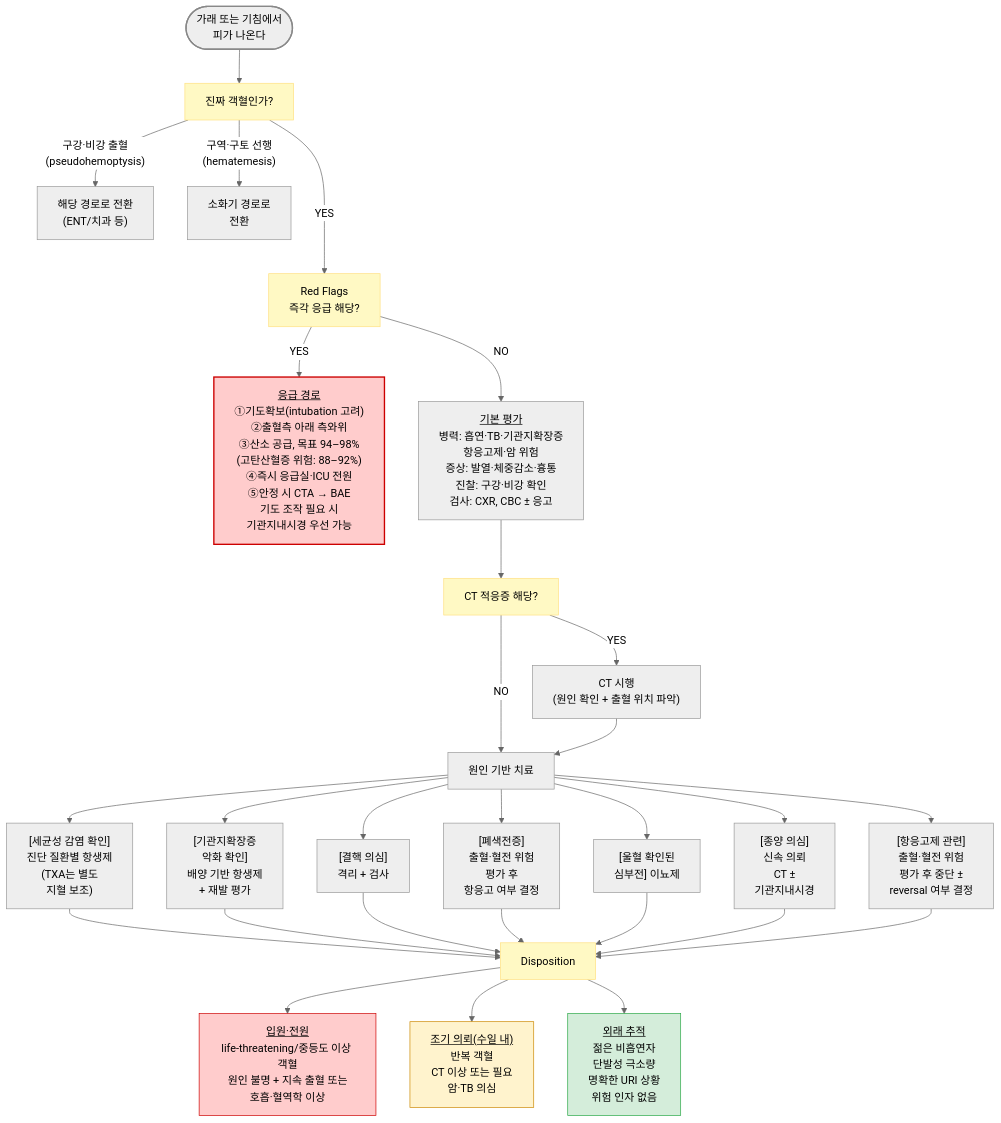
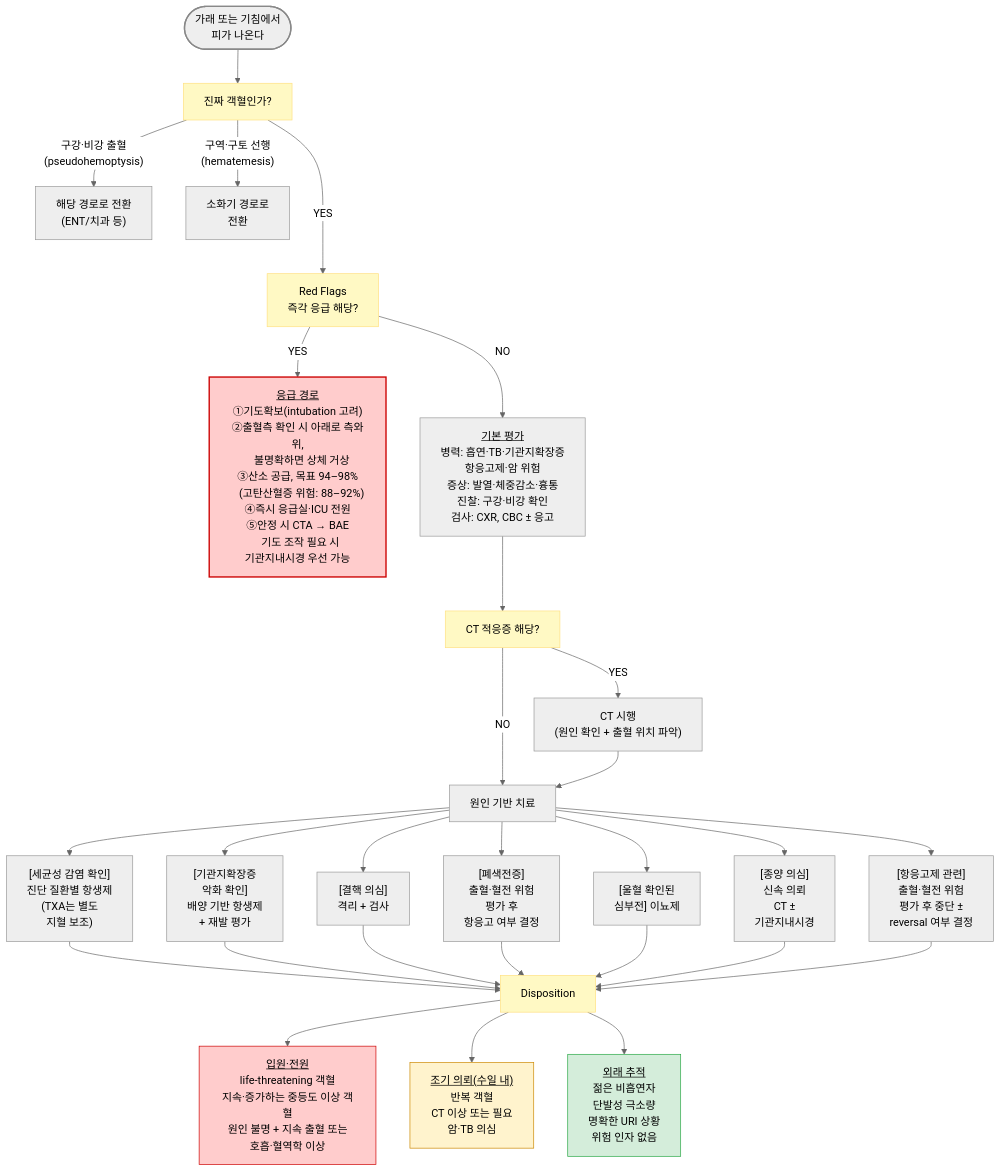
One commit to familyoh77/familyoh77 changed the diagram in 220_/008_-hemoptysis.md. Above: the diagram before and after it, drawn with Mermaid (neutral theme). The commit also changed other lines of this file, not shown here.

````diff
--- a/220_/008_-hemoptysis.md
+++ b/220_/008_-hemoptysis.md
@@ -103,37 +103,37 @@
 ```mermaid
 graph TD
     A(["가래 또는 기침에서 <br/>피가 나온다"]) --> B["진짜 객혈인가?"]
     B -- "구강·비강 출혈<br/>(pseudohemoptysis)" --> C["해당 경로로 전환<br/>(ENT/치과 등)"]
     B -- "구역·구토 선행<br/>(hematemesis)" --> D["소화기 경로로<br/> 전환"]
     B -- "YES" ---> E["Red Flags<br/>즉각 응급 해당?"]
-    E -- "YES" --> F["<u>응급 경로</u><br/>①기도확보(intubation 고려)<br/>②출혈측 아래 측와위<br/>③산소 공급, 목표 94–98%<br/>   (고탄산혈증 위험: 88–92%)<br/>④즉시 응급실·ICU 전원<br/>⑤안정 시 CTA → BAE<br/>   기도 조작 필요 시 <br/>기관지내시경 우선 가능"]
+    E -- "YES" --> F["<u>응급 경로</u><br/>①기도확보(intubation 고려)<br/>②출혈측 확인 시 아래로 측와위,<br/>   불명확하면 상체 거상<br/>③산소 공급, 목표 94–98%<br/>   (고탄산혈증 위험: 88–92%)<br/>④즉시 응급실·ICU 전원<br/>⑤안정 시 CTA → BAE<br/>   기도 조작 필요 시 <br/>기관지내시경 우선 가능"]
     E -- "NO" --> G["<u>기본 평가</u><br/>병력: 흡연·TB·기관지확장증<br/>항응고제·암 위험<br/>증상: 발열·체중감소·흉통<br/>진찰: 구강·비강 확인<br/>검사: CXR, CBC ± 응고"]
     G --> H["CT 적응증 해당?"]
     H -- "YES" --> I["CT 시행<br/>(원인 확인 + 출혈 위치 파악)"]
     H -- "NO" --> J["원인 기반 치료"]
     I --> J
     J --> J1["[세균성 감염 확인] <br/>진단 질환별 항생제<br/>(TXA는 별도 <br/>지혈 보조)"]
     J --> J2["[기관지확장증 <br/>악화 확인] <br/>배양 기반 항생제<br/>+ 재발 평가"]
     J --> J3["[결핵 의심] <br/>격리 + 검사"]
     J --> J4["[폐색전증] <br/>출혈·혈전 위험 <br/>평가 후<br/>항응고 여부 결정"]
     J --> J5["[울혈 확인된 <br/>심부전] 이뇨제"]
     J --> J6["[종양 의심] <br/>신속 의뢰<br/>CT ± <br/>기관지내시경"]
     J --> J7["[항응고제 관련] <br/>출혈·혈전 위험 <br/>평가 후 중단 ± <br/>reversal 여부 결정"]
     J1 & J2 & J3 & J4 & J5 & J6 & J7 --> K["Disposition"]
-    K --> K1["<u>입원·전원</u><br/>life-threatening/중등도 이상 객혈<br/>원인 불명 + 지속 출혈 또는<br/>호흡·혈역학 이상"]
+    K --> K1["<u>입원·전원</u><br/>life-threatening 객혈<br/>지속·증가하는 중등도 이상 객혈<br/>원인 불명 + 지속 출혈 또는<br/>호흡·혈역학 이상"]
     K --> K2["<u>조기 의뢰(수일 내)</u><br/>반복 객혈<br/>CT 이상 또는 필요<br/>암·TB 의심"]
     K --> K3["<u>외래 추적</u><br/>젊은 비흡연자<br/>단발성 극소량<br/>명확한 URI 상황<br/>위험 인자 없음"]
 
     classDef startNode fill:#eeeeee,stroke:#888888,stroke-width:2px
     classDef question fill:#fff9c4,stroke:#ffe082
     classDef emergency fill:#ffcccc,stroke:#cc0000,stroke-width:2px
     classDef admit fill:#ffcccc,stroke:#cc0000,stroke-width:1px
     classDef urgent fill:#fff3cd,stroke:#cc8800,stroke-width:1px
     classDef routine fill:#d4edda,stroke:#28a745,stroke-width:1px
     class A startNode
     class B,E,H,K question
     class F emergency
     class K1 admit
     class K2 urgent
     class K3 routine
 ```
````
